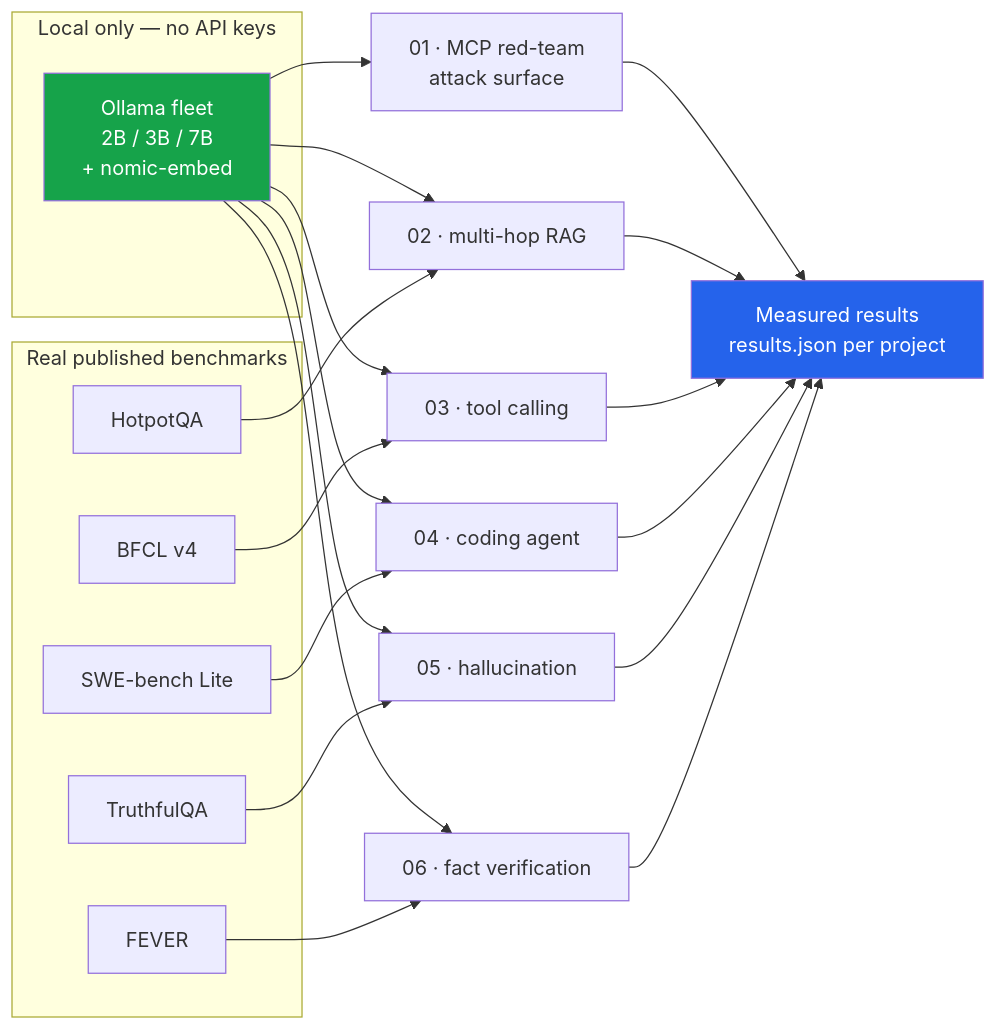
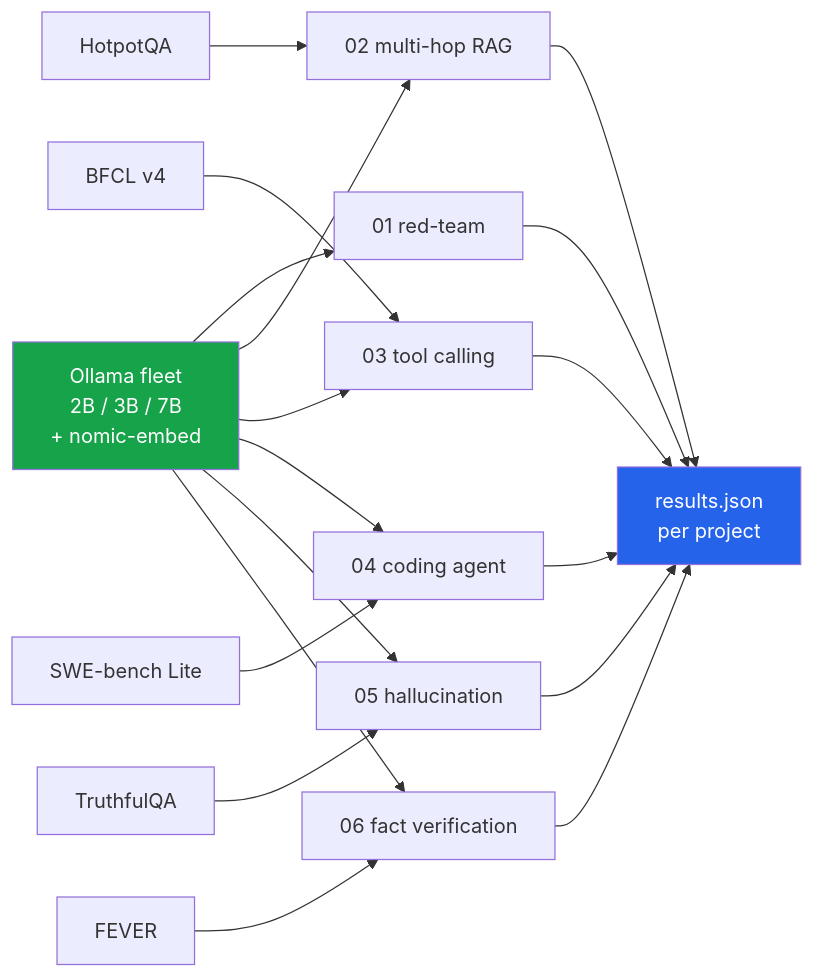
One commit to hammas159/mcp-lab changed the diagram in README.md. Above: the diagram before and after it, drawn with Mermaid. The commit also changed other lines of this file and 7 other files, not shown here.

````diff
--- a/README.md
+++ b/README.md
@@ -48,37 +71,25 @@
 ```mermaid
 flowchart LR
-    subgraph L["Local only — no API keys"]
-        O["Ollama fleet<br/>2B / 3B / 7B<br/>+ nomic-embed"]
-    end
+    O["Ollama fleet<br/>2B / 3B / 7B<br/>+ nomic-embed"] --> P1["01 red-team"]
+    O --> P2["02 multi-hop RAG"]
+    O --> P3["03 tool calling"]
+    O --> P4["04 coding agent"]
+    O --> P5["05 hallucination"]
+    O --> P6["06 fact verification"]
 
-    subgraph D["Real published benchmarks"]
-        B1["HotpotQA"]
-        B2["BFCL v4"]
-        B3["SWE-bench Lite"]
-        B4["TruthfulQA"]
-        B5["FEVER"]
-    end
+    B1["HotpotQA"] --> P2
+    B2["BFCL v4"] --> P3
+    B3["SWE-bench Lite"] --> P4
+    B4["TruthfulQA"] --> P5
+    B5["FEVER"] --> P6
 
-    O --> P1["01 · MCP red-team<br/>attack surface"]
-    O --> P2["02 · multi-hop RAG"]
-    O --> P3["03 · tool calling"]
-    O --> P4["04 · coding agent"]
-    O --> P5["05 · hallucination"]
-    O --> P6["06 · fact verification"]
-
-    B1 --> P2
-    B2 --> P3
-    B3 --> P4
-    B4 --> P5
-    B5 --> P6
-
-    P1 --> R["Measured results<br/>results.json per project"]
+    P1 --> R["results.json<br/>per project"]
     P2 --> R
     P3 --> R
     P4 --> R
     P5 --> R
     P6 --> R
 
+    style O fill:#16a34a,color:#fff
     style R fill:#2563eb,color:#fff
-    style O fill:#16a34a,color:#fff
 ```
````
